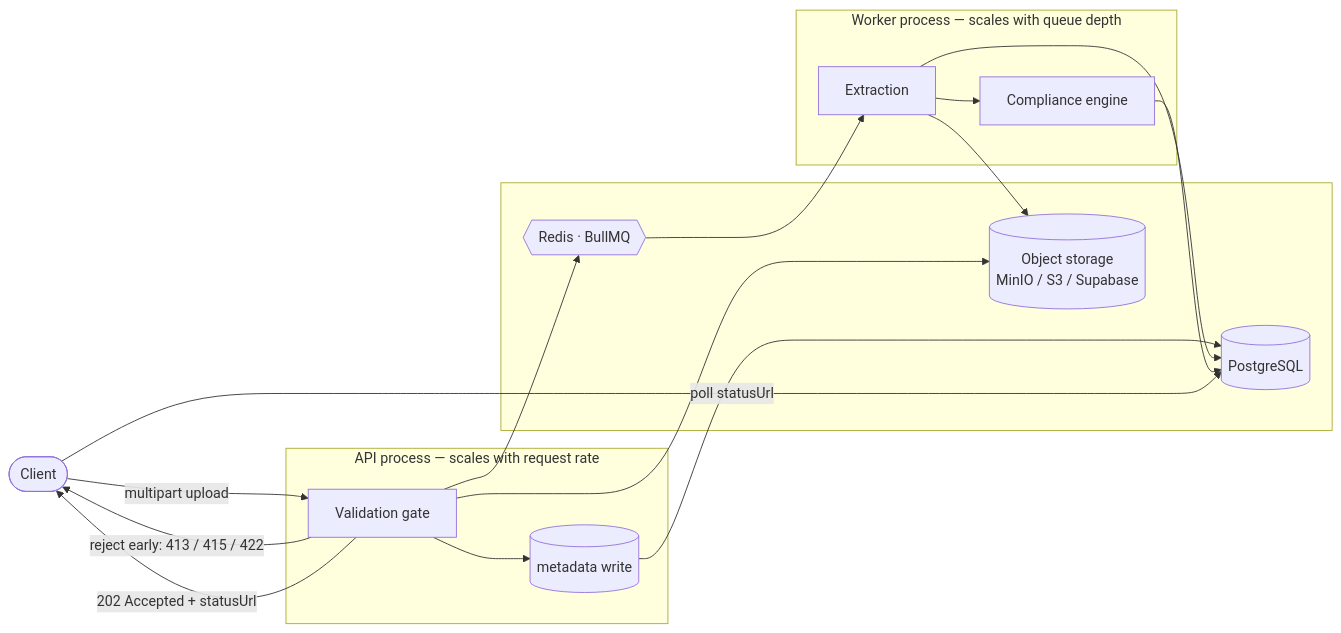
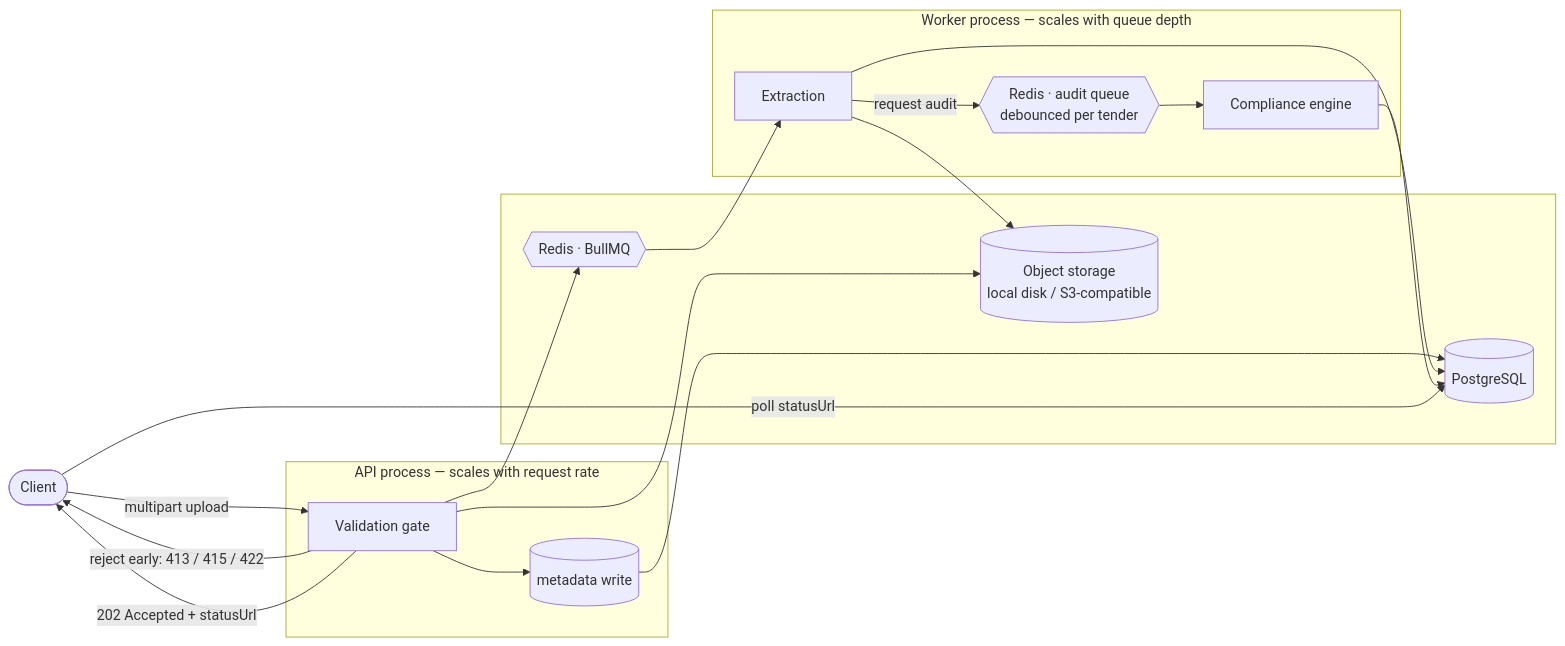
Before and after one commit to satryawiguna/vantedge-bid: the diagram in README.md, drawn with Mermaid. The commit also changed other lines of this file and 86 other files, not shown here.

````diff
--- a/README.md
+++ b/README.md
@@ -85,34 +87,36 @@
 ```mermaid
 flowchart LR
     Client([Client])
 
     subgraph API["API process — scales with request rate"]
         V[Validation gate]
         M[(metadata write)]
     end
 
     subgraph Infra[" "]
-        S[(Object storage<br/>MinIO / S3 / Supabase)]
+        S[(Object storage<br/>local disk / S3-compatible)]
         DB[(PostgreSQL)]
         Q{{Redis · BullMQ}}
     end
 
     subgraph Worker["Worker process — scales with queue depth"]
         X[Extraction]
+        AQ{{Redis · audit queue<br/>debounced per tender}}
         C[Compliance engine]
     end
 
     Client -->|"multipart upload"| V
     V -->|"reject early: 413 / 415 / 422"| Client
     V --> M --> DB
     V --> S
     V --> Q
     V -->|"202 Accepted + statusUrl"| Client
 
     Q --> X
     X --> S
     X --> DB
-    X --> C
+    X -->|"request audit"| AQ
+    AQ --> C
     C --> DB
     Client -->|"poll statusUrl"| DB
 ```
````
